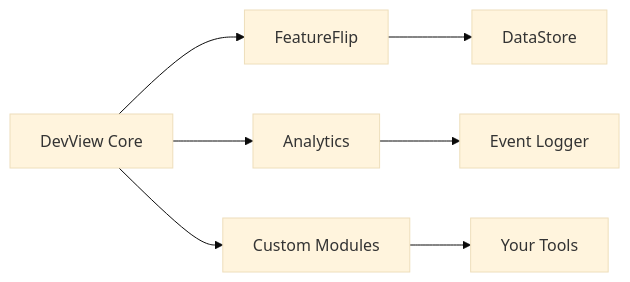
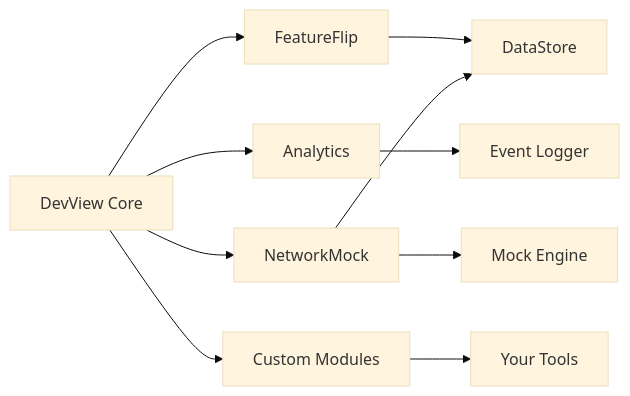
The diagram in docs/modules/index.md (worldline/devview), drawn with Mermaid (base theme) before and after one commit. The commit also changed other lines of this file and 9 other files, not shown here.

````diff
--- a/docs/modules/index.md
+++ b/docs/modules/index.md
@@ -28,9 +25,12 @@
 ```mermaid
 graph LR
     A[DevView Core] --> B[FeatureFlip]
     A --> C[Analytics]
-    A --> D[Custom Modules]
-    B --> E[DataStore]
-    C --> F[Event Logger]
-    D --> G[Your Tools]
+    A --> D[NetworkMock]
+    A --> E[Custom Modules]
+    B --> F[DataStore]
+    D --> F[DataStore]
+    C --> G[Event Logger]
+    D --> H[Mock Engine]
+    E --> I[Your Tools]
 ```
````
